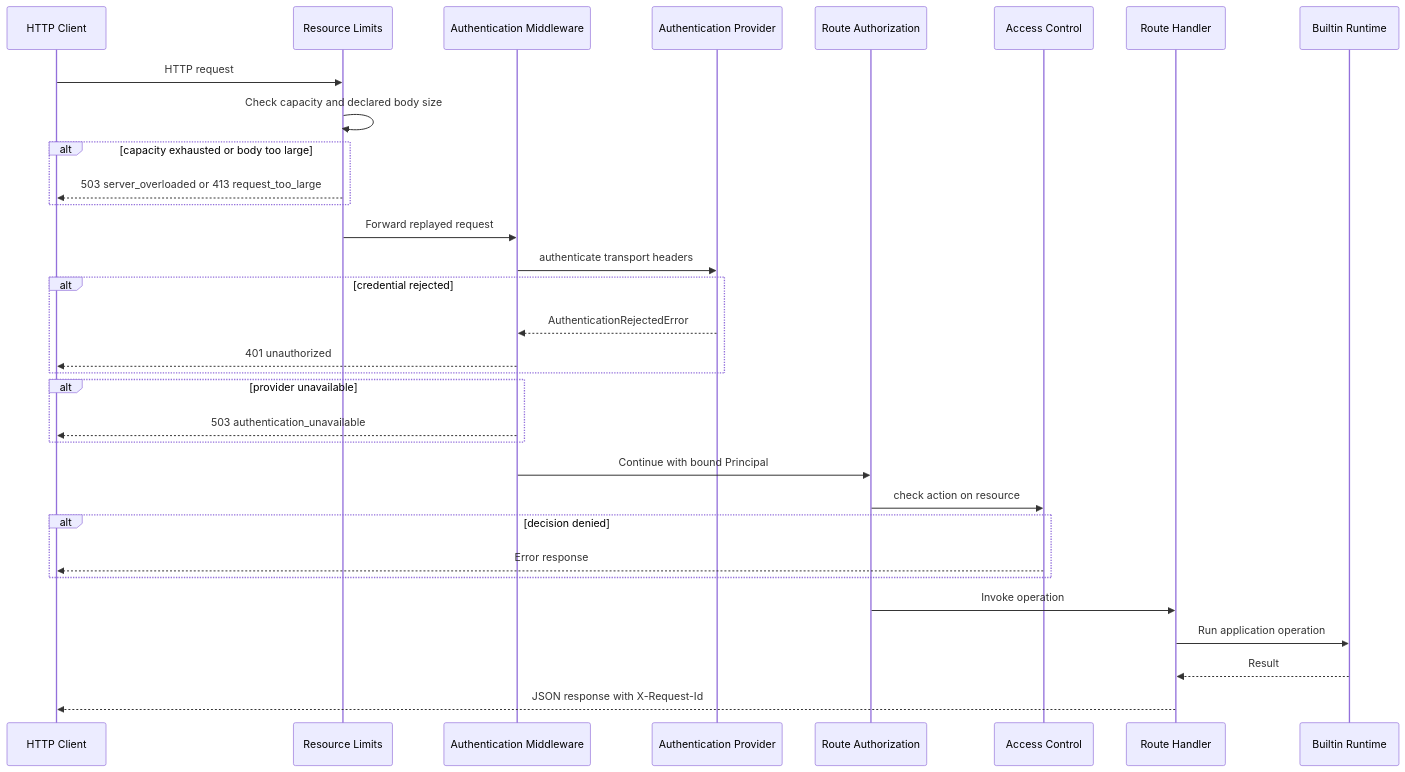
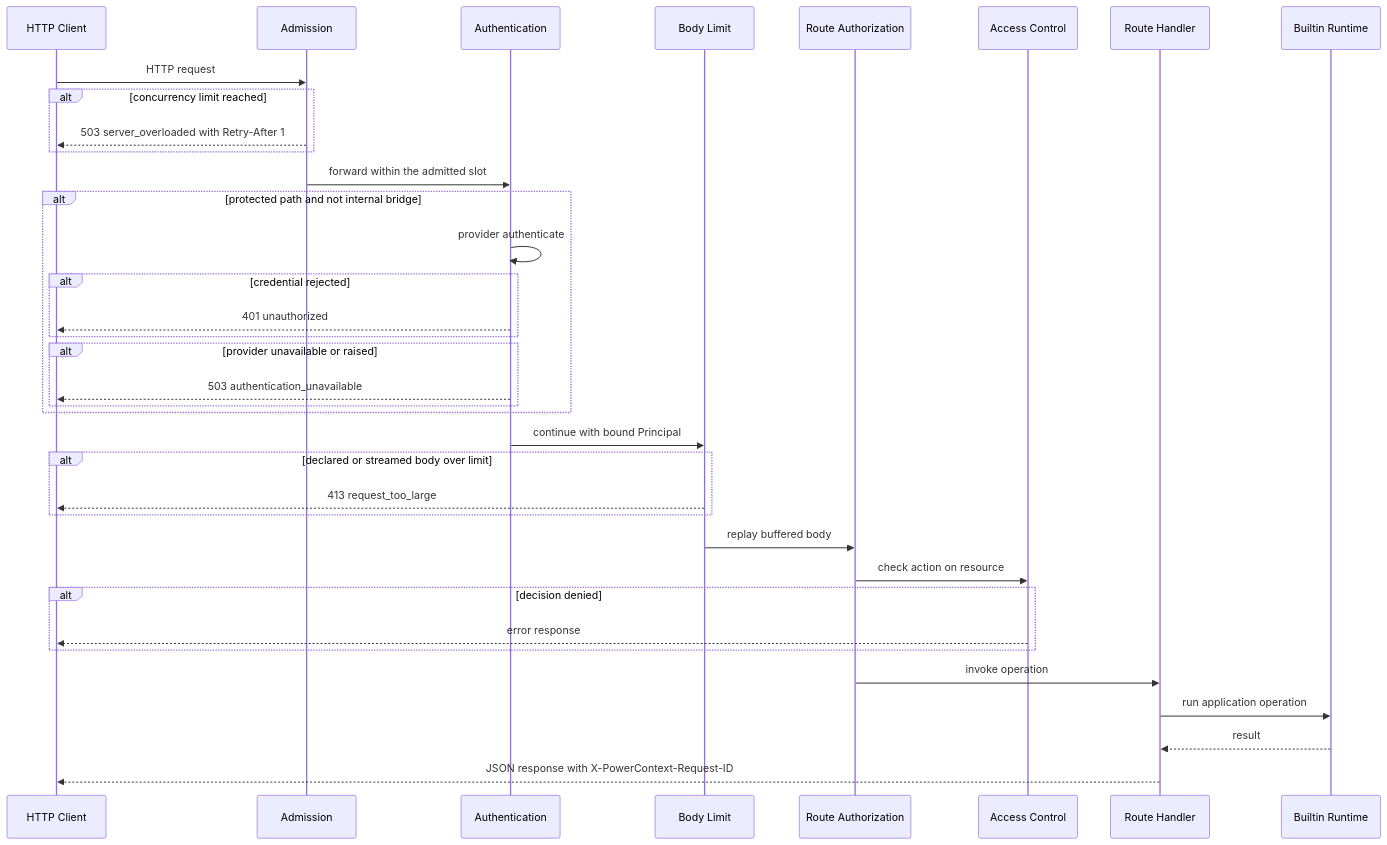
The fourth of 5 diagrams in openwiki/architecture/server-runtime.md (vieGPT/powercontext-enigma-agent-memory), drawn with Mermaid before and after one commit. The commit also changed other lines of this file and 69 other files, not shown here.

````diff
--- a/openwiki/architecture/server-runtime.md
+++ b/openwiki/architecture/server-runtime.md
@@ -196,34 +299,38 @@
 ```mermaid
 sequenceDiagram
     participant C as HTTP Client
-    participant L as Resource Limits
-    participant A as Authentication Middleware
-    participant P as Authentication Provider
-    participant R as Route Authorization
+    participant A as Admission
+    participant N as Authentication
+    participant B as Body Limit
+    participant Z as Route Authorization
     participant X as Access Control
     participant H as Route Handler
-    participant B as Builtin Runtime
-    C->>L: HTTP request
-    L->>L: Check capacity and declared body size
-    alt capacity exhausted or body too large
-        L-->>C: 503 server_overloaded or 413 request_too_large
+    participant R as Builtin Runtime
+    C->>A: HTTP request
+    alt concurrency limit reached
+        A-->>C: 503 server_overloaded with Retry-After 1
     end
-    L->>A: Forward replayed request
-    A->>P: authenticate transport headers
-    alt credential rejected
-        P-->>A: AuthenticationRejectedError
-        A-->>C: 401 unauthorized
+    A->>N: forward within the admitted slot
+    alt protected path and not internal bridge
+        N->>N: provider authenticate
+        alt credential rejected
+            N-->>C: 401 unauthorized
+        end
+        alt provider unavailable or raised
+            N-->>C: 503 authentication_unavailable
+        end
     end
-    alt provider unavailable
-        A-->>C: 503 authentication_unavailable
+    N->>B: continue with bound Principal
+    alt declared or streamed body over limit
+        B-->>C: 413 request_too_large
     end
-    A->>R: Continue with bound Principal
-    R->>X: check action on resource
+    B->>Z: replay buffered body
+    Z->>X: check action on resource
     alt decision denied
-        X-->>C: Error response
+        X-->>C: error response
     end
-    R->>H: Invoke operation
-    H->>B: Run application operation
-    B-->>H: Result
-    H-->>C: JSON response with X-Request-Id
+    Z->>H: invoke operation
+    H->>R: run application operation
+    R-->>H: result
+    H-->>C: JSON response with X-PowerContext-Request-ID
 ```
````
